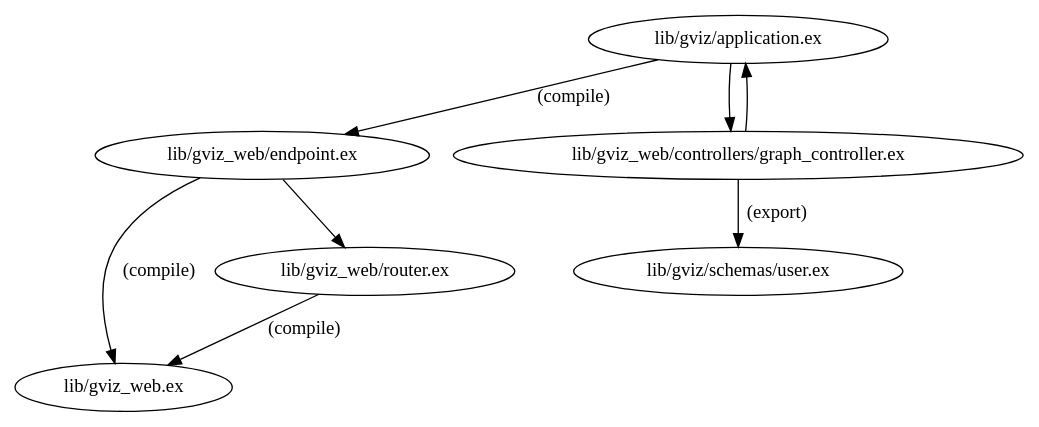
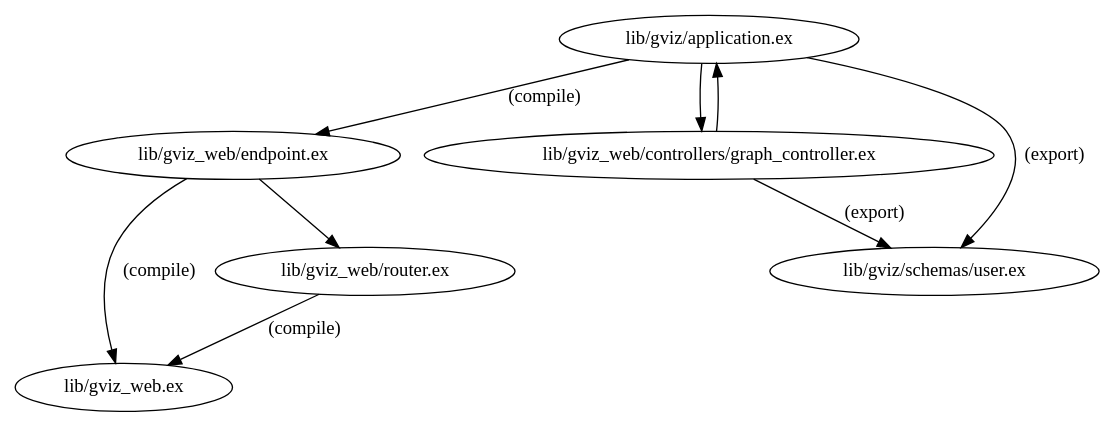
Before and after one commit to axelson/dep_viz: the diagram in priv/sample_xref/short.dot, drawn with Graphviz. The commit also changed 5 other files, not shown here.

```diff
--- a/priv/sample_xref/short.dot
+++ b/priv/sample_xref/short.dot
@@ -1,9 +1,10 @@
 digraph "xref graph" {
-  "lib/gviz/application.ex" -> "lib/gviz_web/endpoint.ex" [label="(compile)"]
   "lib/gviz_web/endpoint.ex" -> "lib/gviz_web.ex" [label="(compile)"]
   "lib/gviz_web/endpoint.ex" -> "lib/gviz_web/router.ex"
   "lib/gviz_web/router.ex" -> "lib/gviz_web.ex" [label="(compile)"]
   "lib/gviz/application.ex" -> "lib/gviz_web/controllers/graph_controller.ex"
+  "lib/gviz/application.ex" -> "lib/gviz/schemas/user.ex" [label="(export)"]
   "lib/gviz_web/controllers/graph_controller.ex" -> "lib/gviz/application.ex"
   "lib/gviz_web/controllers/graph_controller.ex" -> "lib/gviz/schemas/user.ex" [label="(export)"]
+  "lib/gviz/application.ex" -> "lib/gviz_web/endpoint.ex" [label="(compile)"]
 }
```
